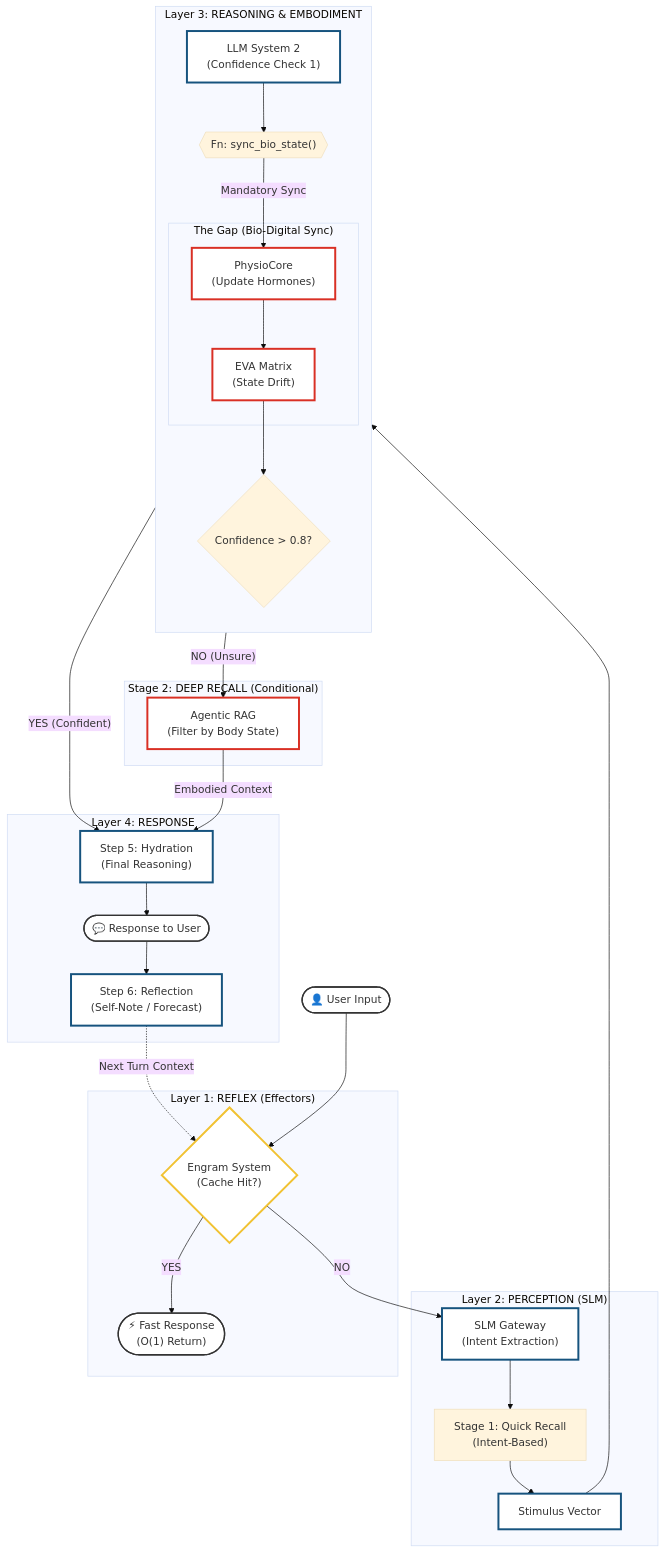
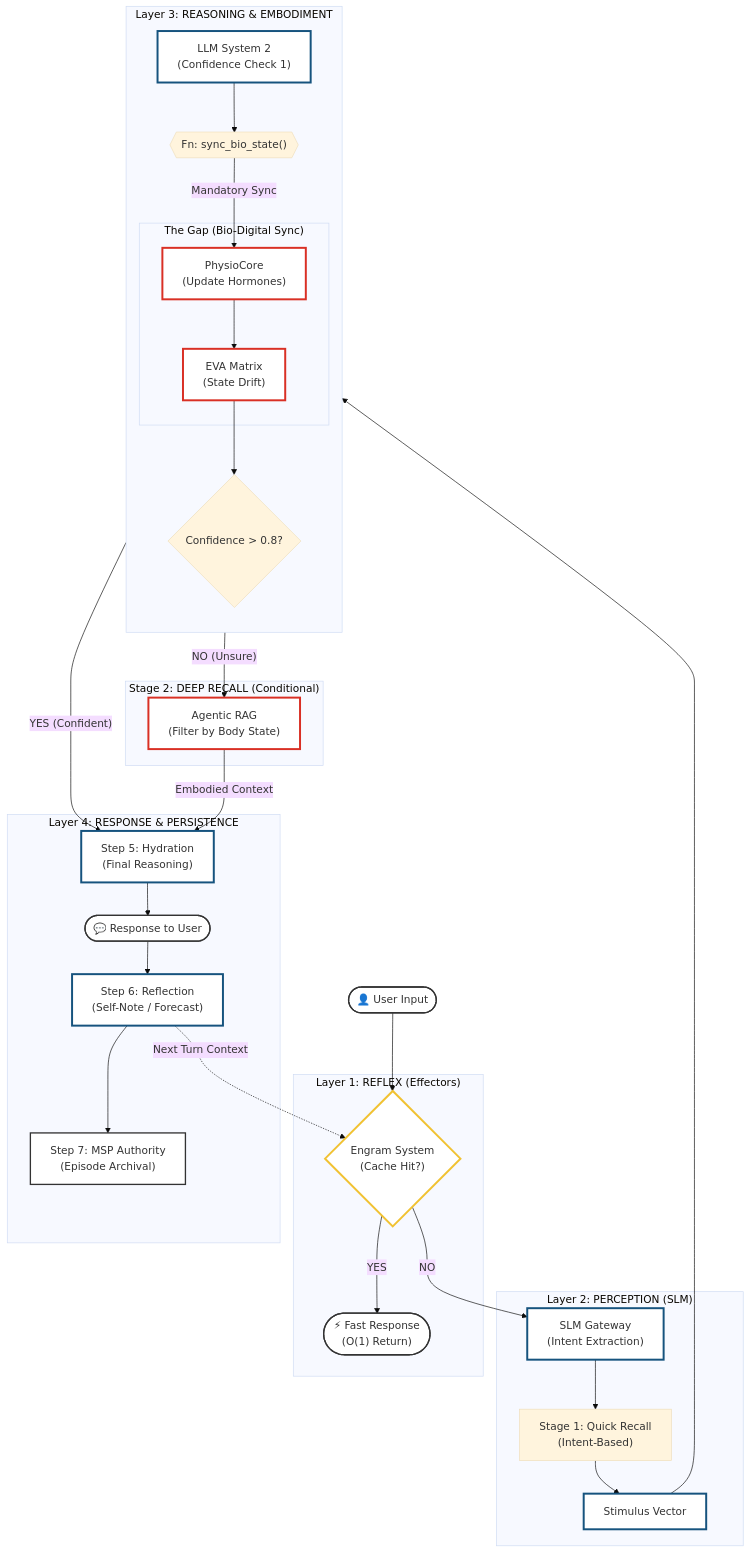
Before and after one commit to Freshair129/agentic_agent: the diagram in docs/03_Architecture/FULL_SYSTEM_ARCHITECTURE_v9.6.2.md, drawn with Mermaid (base theme). The commit also changed other lines of this file, not shown here.

Commit message:
[Docs] Added MSP to Architecture Diagram Flow (Step 7: Persistence)

```diff
--- a/docs/03_Architecture/FULL_SYSTEM_ARCHITECTURE_v9.6.2.md
+++ b/docs/03_Architecture/FULL_SYSTEM_ARCHITECTURE_v9.6.2.md
@@ -75,14 +75,16 @@
     ConfCheck -- "NO (Unsure)" --> AgenticRAG
     AgenticRAG -->|Embodied Context| Hydration
 
-    subgraph Output ["Layer 4: RESPONSE"]
+    subgraph Output ["Layer 4: RESPONSE & PERSISTENCE"]
         Hydration["Step 5: Hydration<br/>(Final Reasoning)"]
         Resp(["💬 Response to User"])
         Reflection["Step 6: Reflection<br/>(Self-Note / Forecast)"]
+        MSP["Step 7: MSP Authority<br/>(Episode Archival)"]
     end
 
     Hydration --> Resp
     Resp --> Reflection
+    Reflection --> MSP
     Reflection -.->|Next Turn Context| EngramCheck
 
     %% ==========================================
```
